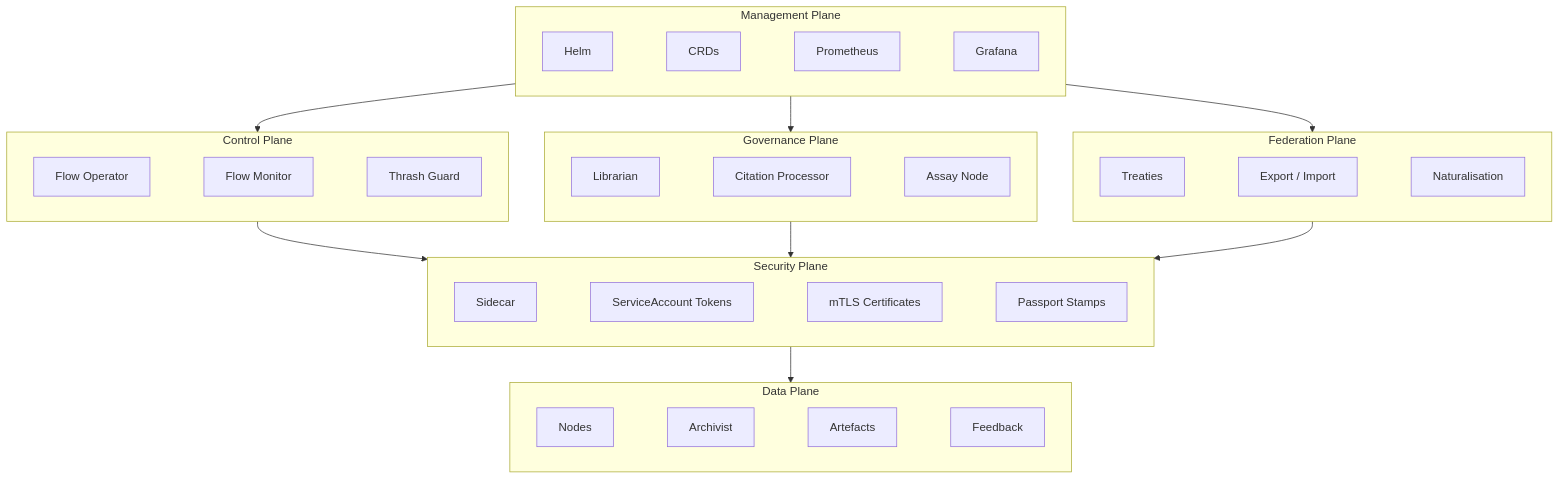
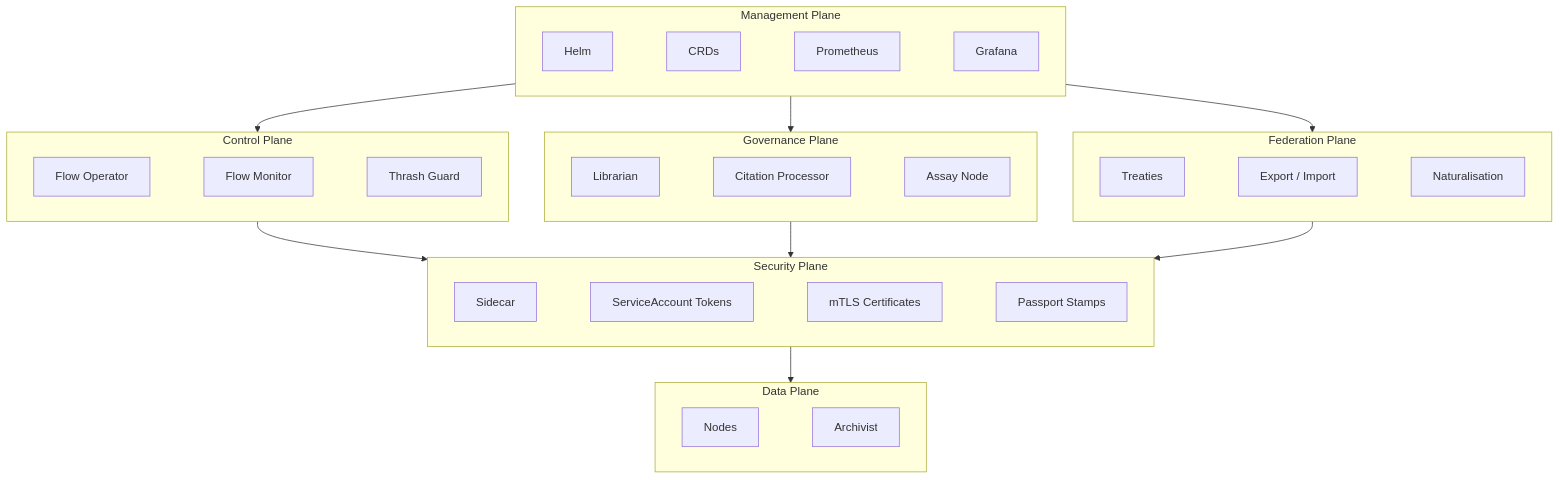
One commit to really-knows-ai/gideas changed the diagram in 01-concepts/01-architecture.md. Above: the diagram before and after it, drawn with Mermaid. The commit also changed other lines of this file and 3 other files, not shown here.

````diff
--- a/01-concepts/01-architecture.md
+++ b/01-concepts/01-architecture.md
@@ -11,42 +11,42 @@
 ```mermaid
 graph TD
     subgraph mgmt["Management Plane"]
         direction LR
         Helm ~~~ CRDs ~~~ Prometheus ~~~ Grafana
     end
 
     subgraph ctrl["Control Plane"]
         direction LR
         Operator[Flow Operator] ~~~ Monitor[Flow Monitor] ~~~ Thrash[Thrash Guard]
     end
 
     subgraph gov["Governance Plane"]
         direction LR
         Librarian ~~~ Citations[Citation Processor] ~~~ Assay[Assay Node]
     end
 
     subgraph fed["Federation Plane"]
         direction LR
         Treaties ~~~ Export[Export / Import] ~~~ Nat[Naturalisation]
     end
 
     subgraph sec["Security Plane"]
         direction LR
         Sidecar ~~~ Tokens[ServiceAccount Tokens] ~~~ mTLS[mTLS Certificates] ~~~ Stamps[Passport Stamps]
     end
 
     subgraph data["Data Plane"]
         direction LR
-        Nodes ~~~ Archivist ~~~ Artefacts ~~~ Feedback
+        Nodes ~~~ Archivist
     end
 
     mgmt --> ctrl
     mgmt --> gov
     mgmt --> fed
 
     ctrl --> sec
     gov --> sec
     fed --> sec
 
     sec --> data
 ```
````
